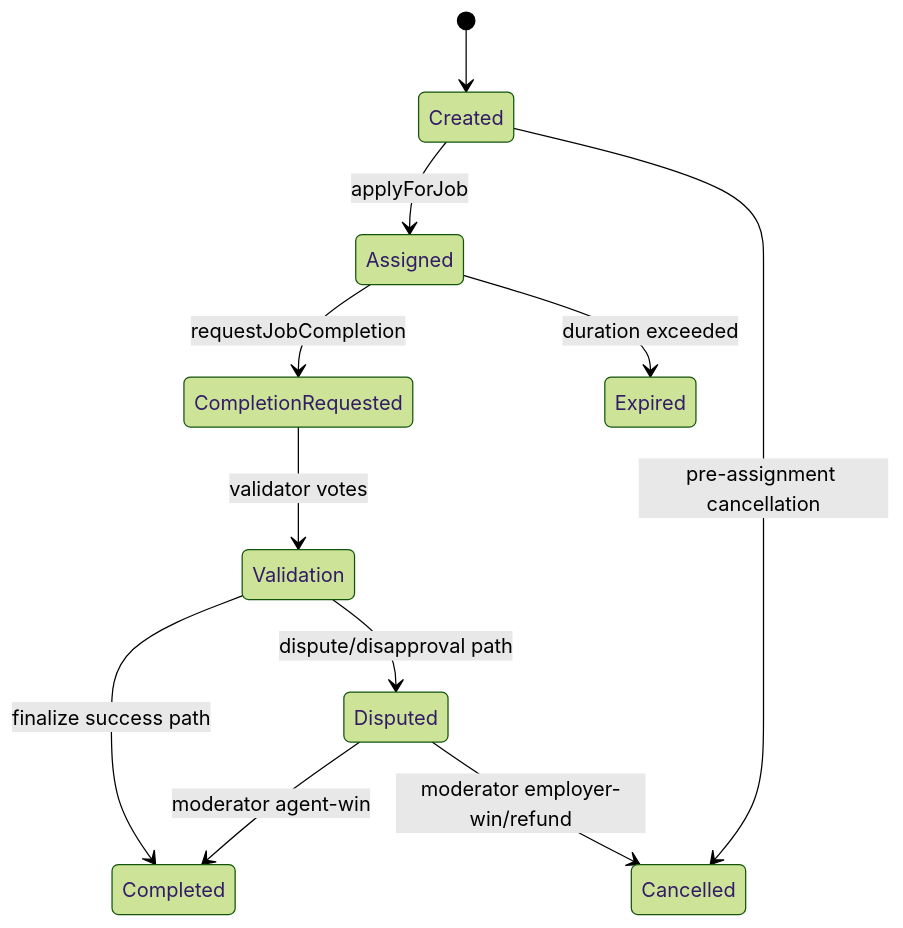
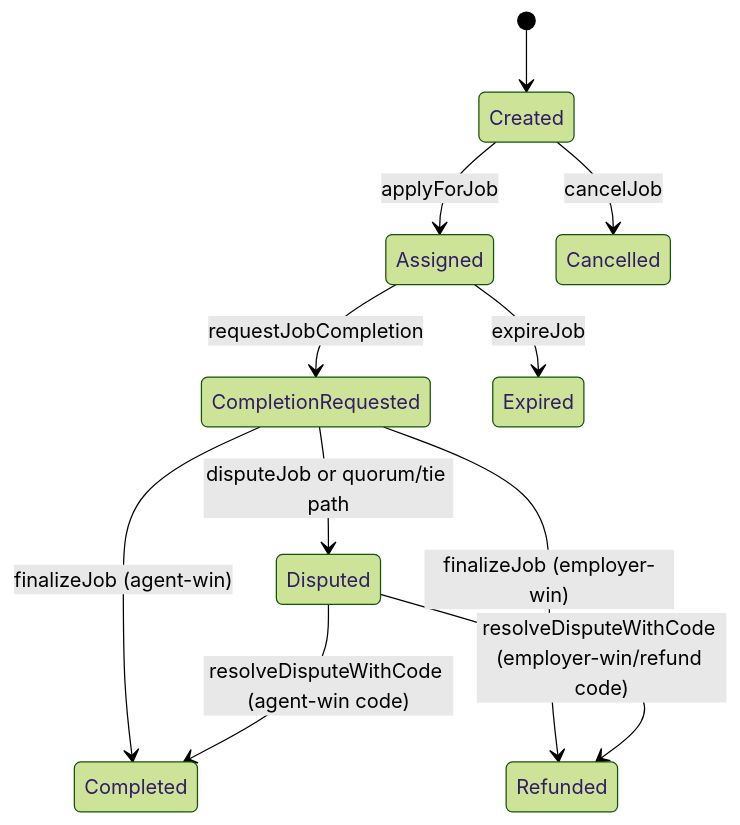
One commit to MontrealAI/AGIJobManager changed the second of 4 diagrams in docs/DEPLOYMENT/OWNER_MAINNET_DEPLOYMENT_AND_OPERATIONS_GUIDE.md. Above: the diagram before and after it, drawn with Mermaid (forest theme). The commit also changed other lines of this file and 1 other file, not shown here.

````diff
--- a/docs/DEPLOYMENT/OWNER_MAINNET_DEPLOYMENT_AND_OPERATIONS_GUIDE.md
+++ b/docs/DEPLOYMENT/OWNER_MAINNET_DEPLOYMENT_AND_OPERATIONS_GUIDE.md
@@ -240,13 +294,13 @@
 ```mermaid
 stateDiagram-v2
   [*] --> Created
   Created --> Assigned: applyForJob
   Assigned --> CompletionRequested: requestJobCompletion
-  CompletionRequested --> Validation: validator votes
-  Validation --> Completed: finalize success path
-  Validation --> Disputed: dispute/disapproval path
-  Assigned --> Expired: duration exceeded
-  Created --> Cancelled: pre-assignment cancellation
-  Disputed --> Completed: moderator agent-win
-  Disputed --> Cancelled: moderator employer-win/refund
+  CompletionRequested --> Completed: finalizeJob (agent-win)
+  CompletionRequested --> Refunded: finalizeJob (employer-win)
+  CompletionRequested --> Disputed: disputeJob or quorum/tie path
+  Disputed --> Completed: resolveDisputeWithCode (agent-win code)
+  Disputed --> Refunded: resolveDisputeWithCode (employer-win/refund code)
+  Assigned --> Expired: expireJob
+  Created --> Cancelled: cancelJob
 ```
````
